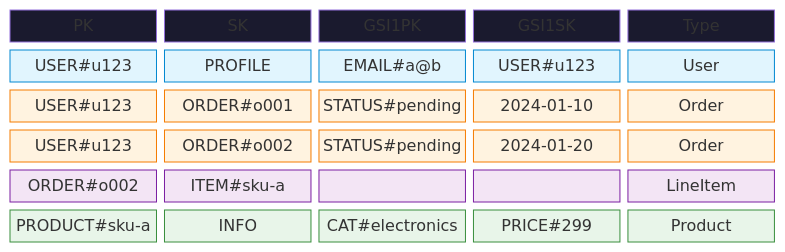
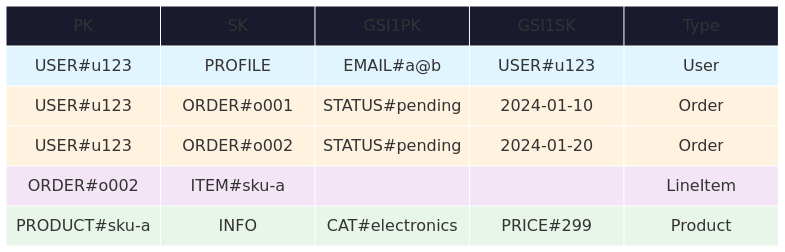
Before and after one commit to zeroae/.claude: the first of 4 diagrams in plugins/dynamodb/skills/design/references/table-layout-options.md, drawn with Mermaid. The commit also changed other lines of this file, not shown here.

First line of the commit message:
🎨 style(dynamodb): fix gaps between Mermaid Block cells

````diff
--- a/plugins/dynamodb/skills/design/references/table-layout-options.md
+++ b/plugins/dynamodb/skills/design/references/table-layout-options.md
@@ -47,25 +47,25 @@
-```mermaid
-%%{init: {"block": {"padding": 8}} }%%
+```mermaid 
+%%{init: {"block": {"padding": 8, "nodeSpacing": 0, "rankSpacing": 0}, "themeVariables": {"blockGap": 0}} }%%
 block-beta
     columns 5
 
     PK["PK"] SK["SK"] GSI1PK["GSI1PK"] GSI1SK["GSI1SK"] Type["Type"]
 
     a1["USER#u123"] a2["PROFILE"] a3["EMAIL#a@b"] a4["USER#u123"] a5["User"]
     b1["USER#u123"] b2["ORDER#o001"] b3["STATUS#pending"] b4["2024-01-10"] b5["Order"]
     c1["USER#u123"] c2["ORDER#o002"] c3["STATUS#pending"] c4["2024-01-20"] c5["Order"]
     d1["ORDER#o002"] d2["ITEM#sku-a"] d3[" "] d4[" "] d5["LineItem"]
     e1["PRODUCT#sku-a"] e2["INFO"] e3["CAT#electronics"] e4["PRICE#299"] e5["Product"]
 
-    classDef header fill:#1a1a2e,color:#fff
-    classDef user fill:#e1f5fe,stroke:#0288d1
-    classDef order fill:#fff3e0,stroke:#f57c00
-    classDef lineitem fill:#f3e5f5,stroke:#7b1fa2
-    classDef product fill:#e8f5e9,stroke:#388e3c
+    classDef header fill:#1a1a2e,color:#fff,stroke:#1a1a2e,stroke-width:7px
+    classDef user fill:#e1f5fe,stroke:#e1f5fe,stroke-width:7px
+    classDef order fill:#fff3e0,stroke:#fff3e0,stroke-width:7px
+    classDef lineitem fill:#f3e5f5,stroke:#f3e5f5,stroke-width:7px
+    classDef product fill:#e8f5e9,stroke:#e8f5e9,stroke-width:7px
 
     class PK,SK,GSI1PK,GSI1SK,Type header
     class a1,a2,a3,a4,a5 user
     class b1,b2,b3,b4,b5,c1,c2,c3,c4,c5 order
     class d1,d2,d3,d4,d5 lineitem
     class e1,e2,e3,e4,e5 product
 ```
````
